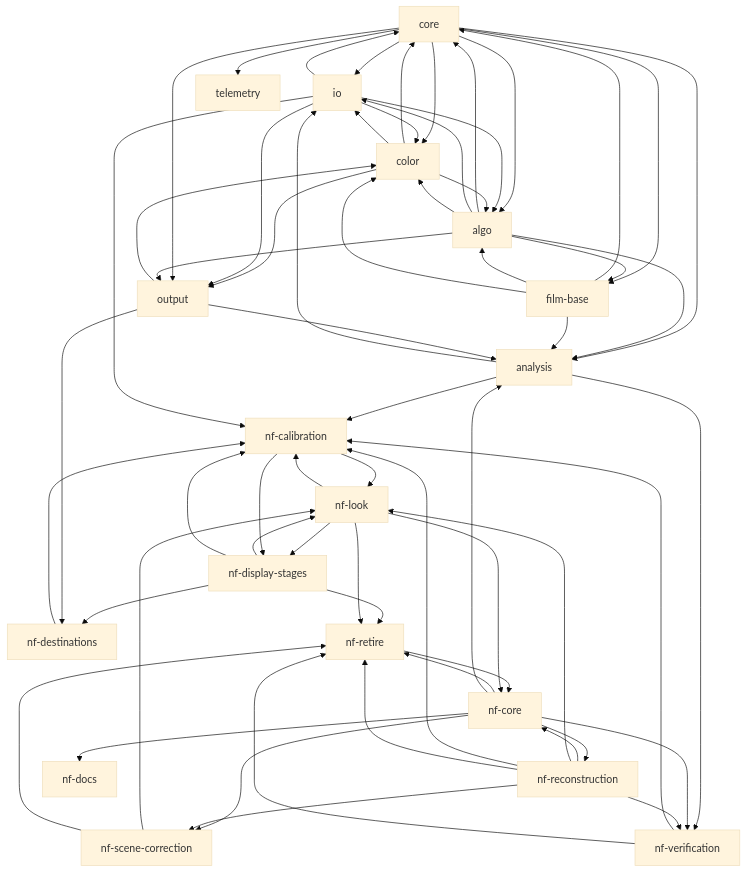
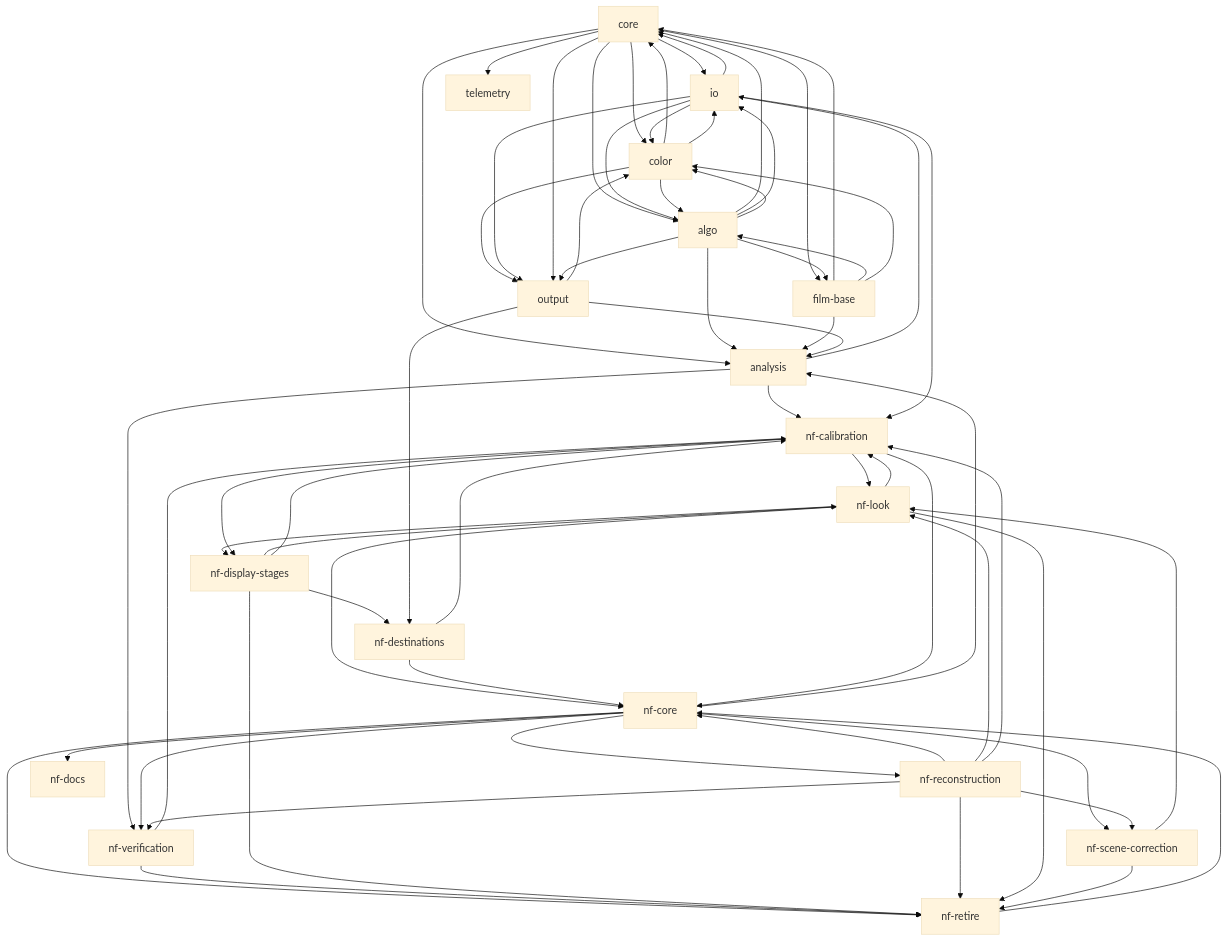
Before and after one commit to lix42/hanten: the first of 2 diagrams in docs/TASKS.md, drawn with Mermaid (base theme). The commit also changed other lines of this file and 4 other files, not shown here.

```diff
--- a/docs/TASKS.md
+++ b/docs/TASKS.md
@@ -172,6 +172,8 @@
   nf-reconstruction --> nf-retire
   nf-look --> nf-retire
   nf-look --> nf-core
+  nf-destinations --> nf-core
+  nf-calibration --> nf-core
   nf-scene-correction --> nf-retire
   nf-core --> nf-docs
   nf-core --> analysis
```
